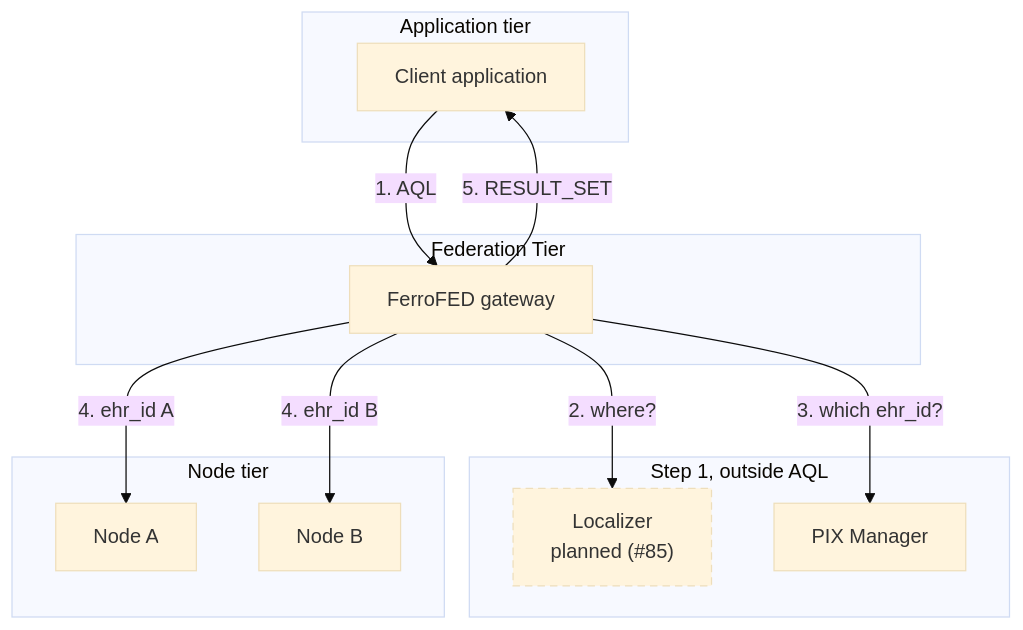
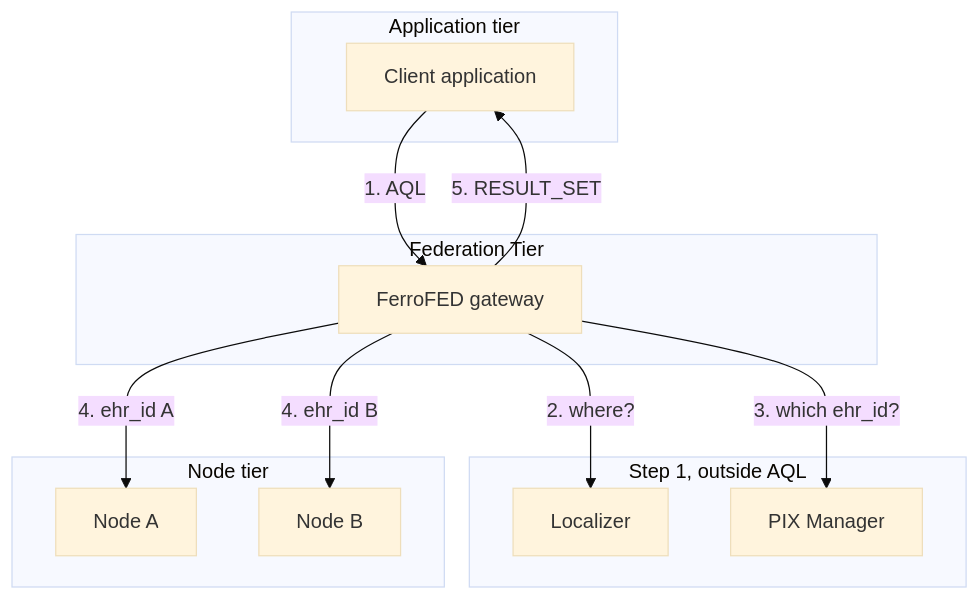
One commit to FerroHEALTH/FerroFED changed the first of 2 diagrams in website/book/src/how-it-works/overview.md. Above: the diagram before and after it, drawn with Mermaid (base theme). The commit also changed other lines of this file and 2 other files, not shown here.

Commit message:
docs(book): draw the localizer and the consent pre-filter as built (#395)

````diff
--- a/website/book/src/how-it-works/overview.md
+++ b/website/book/src/how-it-works/overview.md
@@ -31,24 +31,23 @@
 ```mermaid
 flowchart TB
-    classDef planned stroke-dasharray: 6 4
     subgraph app["Application tier"]
         client["Client application"]
     end
     subgraph tier["Federation Tier"]
         gw["FerroFED gateway"]
     end
     subgraph step1["Step 1, outside AQL"]
-        loc["Localizer<br/>planned (#85)"]:::planned
+        loc["Localizer"]
         pix["PIX Manager"]
     end
     subgraph nodes["Node tier"]
         a["Node A"]
         b["Node B"]
     end
     client -->|"1. AQL"| gw
     gw -->|"2. where?"| loc
     gw -->|"3. which ehr_id?"| pix
     gw -->|"4. ehr_id A"| a
     gw -->|"4. ehr_id B"| b
     gw -->|"5. RESULT_SET"| client
 ```
````
